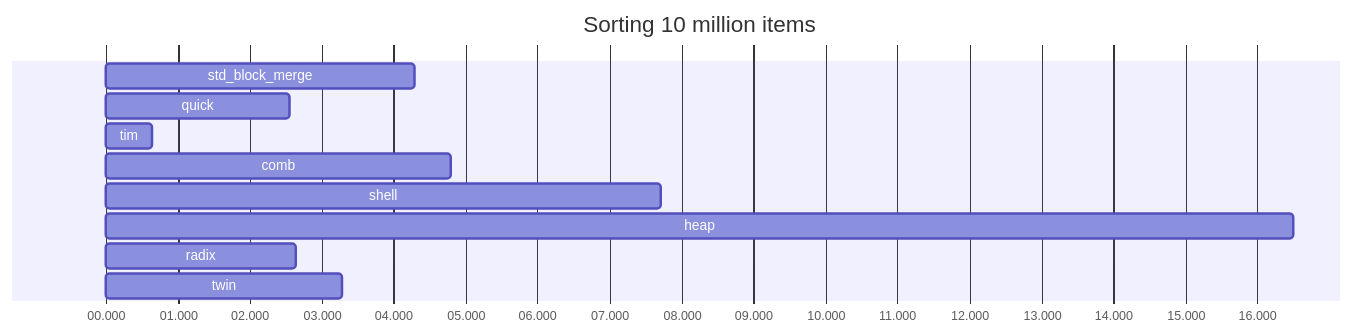
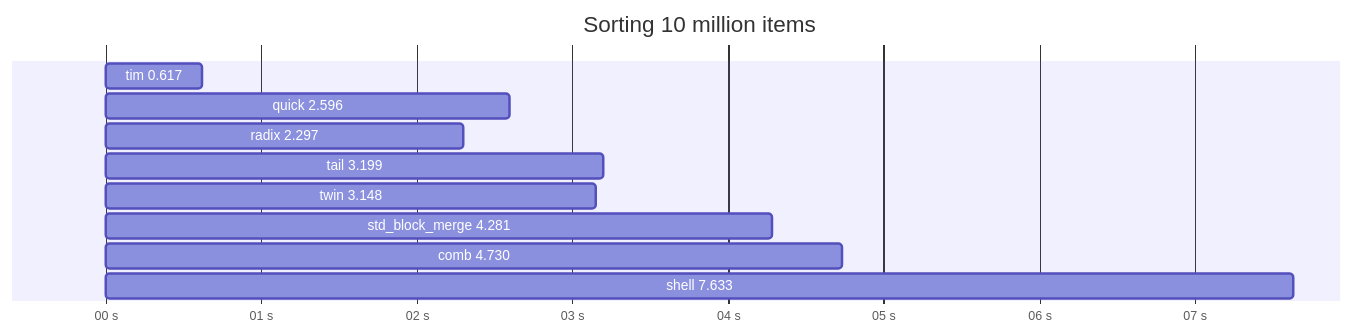
The first of 3 diagrams in README.md (alichraghi/zort), drawn with Mermaid before and after one commit. The commit also changed other lines of this file and 3 other files, not shown here.

````diff
--- a/README.md
+++ b/README.md
@@ -38,14 +39,14 @@
 ```mermaid
 gantt
     title Sorting 10 million items
     dateFormat x
-    axisFormat %S.%L
-    std_block_merge : 0,4295
-    quick : 0,2559
-    tim : 0,638
-    comb : 0,4793
-    shell : 0,7710
-    heap : 0,16498
-    radix : 0,2642
-    twin : 0,3279
+    axisFormat %S s
+    tim 0.617: 0,617
+    quick 2.596: 0,2595
+    radix 2.297: 0,2297
+    tail 3.199: 0,3199
+    twin 3.148: 0,3149
+    std_block_merge 4.281: 0,4281
+    comb 4.730: 0,4731
+    shell 7.633: 0,7634
 ```
````
